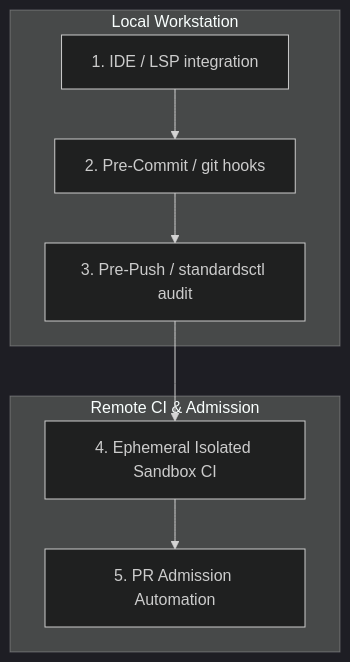
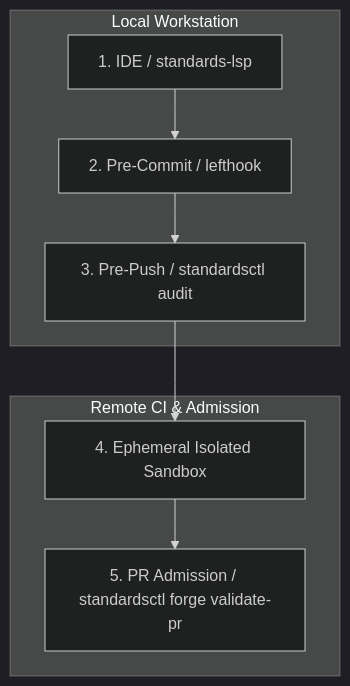
The diagram in docs/wiki/HISS-Matrix.md (cordanaLLM/praetor), drawn with Mermaid (dark theme) before and after one commit. The commit also changed other lines of this file and 7 other files, not shown here.

````diff
--- a/docs/wiki/HISS-Matrix.md
+++ b/docs/wiki/HISS-Matrix.md
@@ -51,11 +58,11 @@
 ```mermaid
 flowchart TD
     subgraph Local["Local Workstation"]
-        LSP["1. IDE / LSP integration"] --> HOOK["2. Pre-Commit / git hooks"]
+        LSP["1. IDE / standards-lsp"] --> HOOK["2. Pre-Commit / lefthook"]
         HOOK --> AUDIT["3. Pre-Push / standardsctl audit"]
     end
     subgraph Remote["Remote CI & Admission"]
-        AUDIT --> CI["4. Ephemeral Isolated Sandbox CI"]
-        CI --> ADMIT["5. PR Admission Automation"]
+        AUDIT --> CI["4. Ephemeral Isolated Sandbox"]
+        CI --> ADMIT["5. PR Admission / standardsctl forge validate-pr"]
     end
 ```
````
